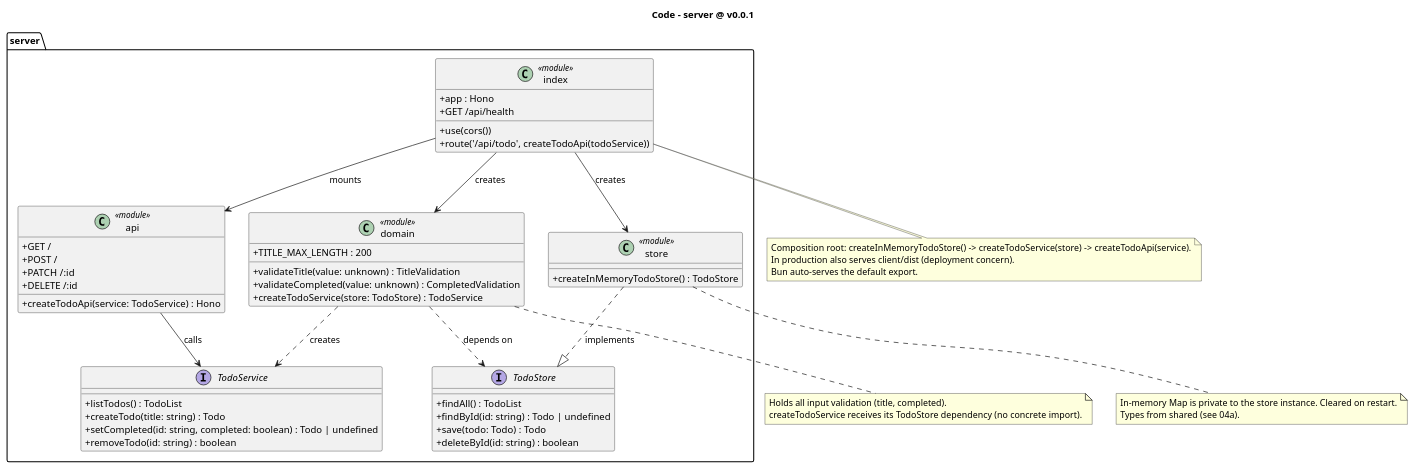
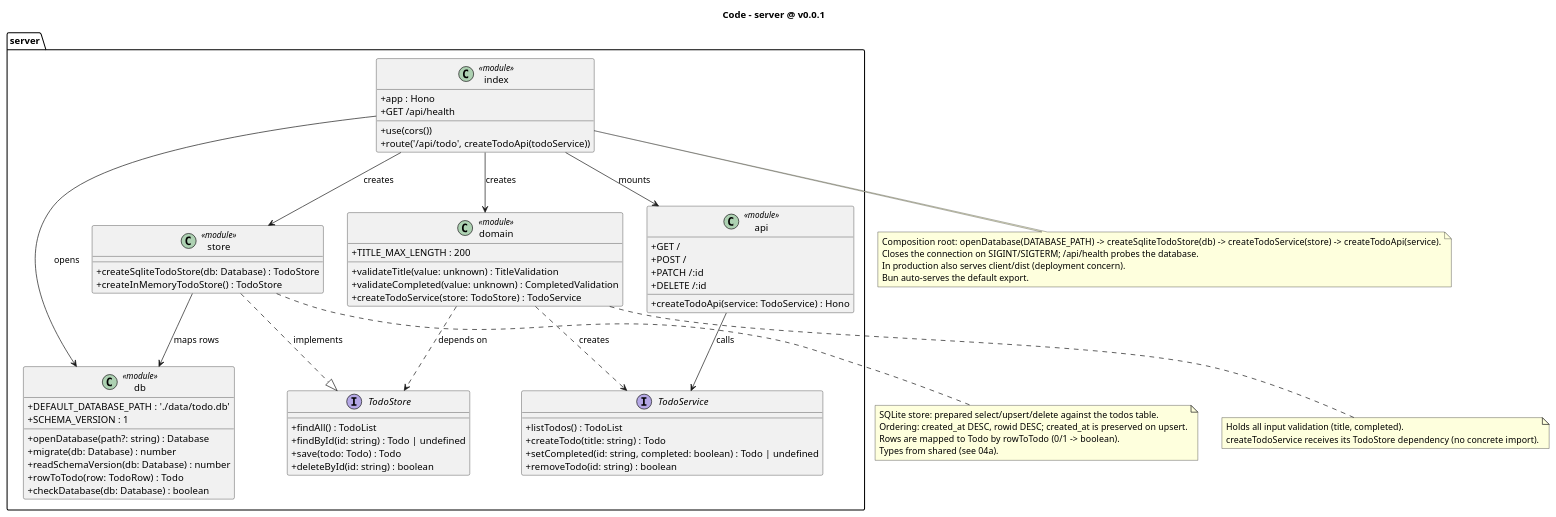
Before and after one commit to MemoryIt/todo: the diagram in docs/architecture/diagrams/04b-code-server.puml, drawn with PlantUML. The commit also changed 8 other files, not shown here.

First line of the commit message:
docs: describe SQLite persistence in READMEs and C4 diagrams

```diff
--- a/docs/architecture/diagrams/04b-code-server.puml
+++ b/docs/architecture/diagrams/04b-code-server.puml
@@ -1,71 +1,87 @@
 @startuml
 title Code - server @ v0.0.1
 skinparam classAttributeIconSize 0
 
 package "server" {
   interface TodoStore {
     +findAll() : TodoList
     +findById(id: string) : Todo | undefined
     +save(todo: Todo) : Todo
     +deleteById(id: string) : boolean
   }
 
   class store <<module>> {
+    +createSqliteTodoStore(db: Database) : TodoStore
     +createInMemoryTodoStore() : TodoStore
+  }
+
+  class db <<module>> {
+    +DEFAULT_DATABASE_PATH : './data/todo.db'
+    +SCHEMA_VERSION : 1
+    +openDatabase(path?: string) : Database
+    +migrate(db: Database) : number
+    +readSchemaVersion(db: Database) : number
+    +rowToTodo(row: TodoRow) : Todo
+    +checkDatabase(db: Database) : boolean
   }
 
   interface TodoService {
     +listTodos() : TodoList
     +createTodo(title: string) : Todo
     +setCompleted(id: string, completed: boolean) : Todo | undefined
     +removeTodo(id: string) : boolean
   }
 
   class domain <<module>> {
     +TITLE_MAX_LENGTH : 200
     +validateTitle(value: unknown) : TitleValidation
     +validateCompleted(value: unknown) : CompletedValidation
     +createTodoService(store: TodoStore) : TodoService
   }
 
   class api <<module>> {
     +createTodoApi(service: TodoService) : Hono
     +GET /
     +POST /
     +PATCH /:id
     +DELETE /:id
   }
 
   class index <<module>> {
     +app : Hono
     +use(cors())
     +route('/api/todo', createTodoApi(todoService))
     +GET /api/health
   }
 }
 
 store ..|> TodoStore : implements
 domain ..> TodoStore : depends on
 domain ..> TodoService : creates
 api --> TodoService : calls
 index --> store : creates
+index --> db : opens
 index --> domain : creates
 index --> api : mounts
+store --> db : maps rows
 
 note bottom of store
-  In-memory Map is private to the store instance. Cleared on restart.
+  SQLite store: prepared select/upsert/delete against the todos table.
+  Ordering: created_at DESC, rowid DESC; created_at is preserved on upsert.
+  Rows are mapped to Todo by rowToTodo (0/1 -> boolean).
   Types from shared (see 04a).
 end note
 
 note bottom of domain
   Holds all input validation (title, completed).
   createTodoService receives its TodoStore dependency (no concrete import).
 end note
 
 note bottom of index
-  Composition root: createInMemoryTodoStore() -> createTodoService(store) -> createTodoApi(service).
+  Composition root: openDatabase(DATABASE_PATH) -> createSqliteTodoStore(db) -> createTodoService(store) -> createTodoApi(service).
+  Closes the connection on SIGINT/SIGTERM; /api/health probes the database.
   In production also serves client/dist (deployment concern).
   Bun auto-serves the default export.
 end note
 
 @enduml
```
